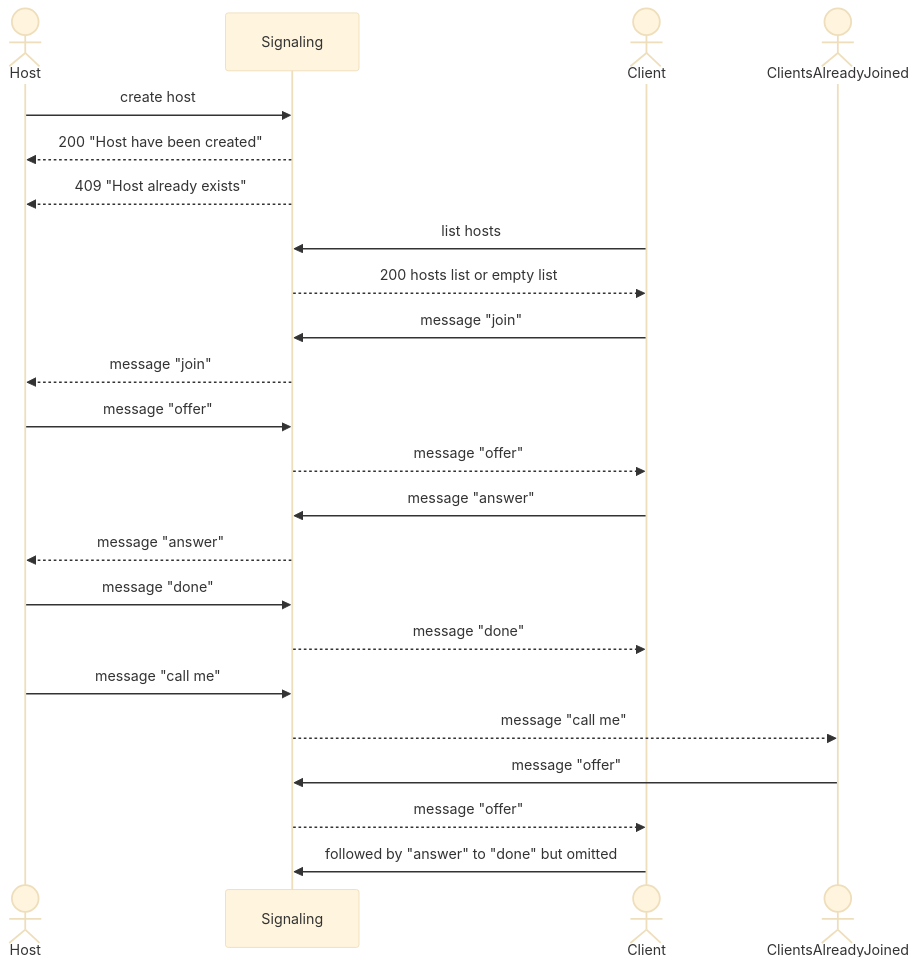
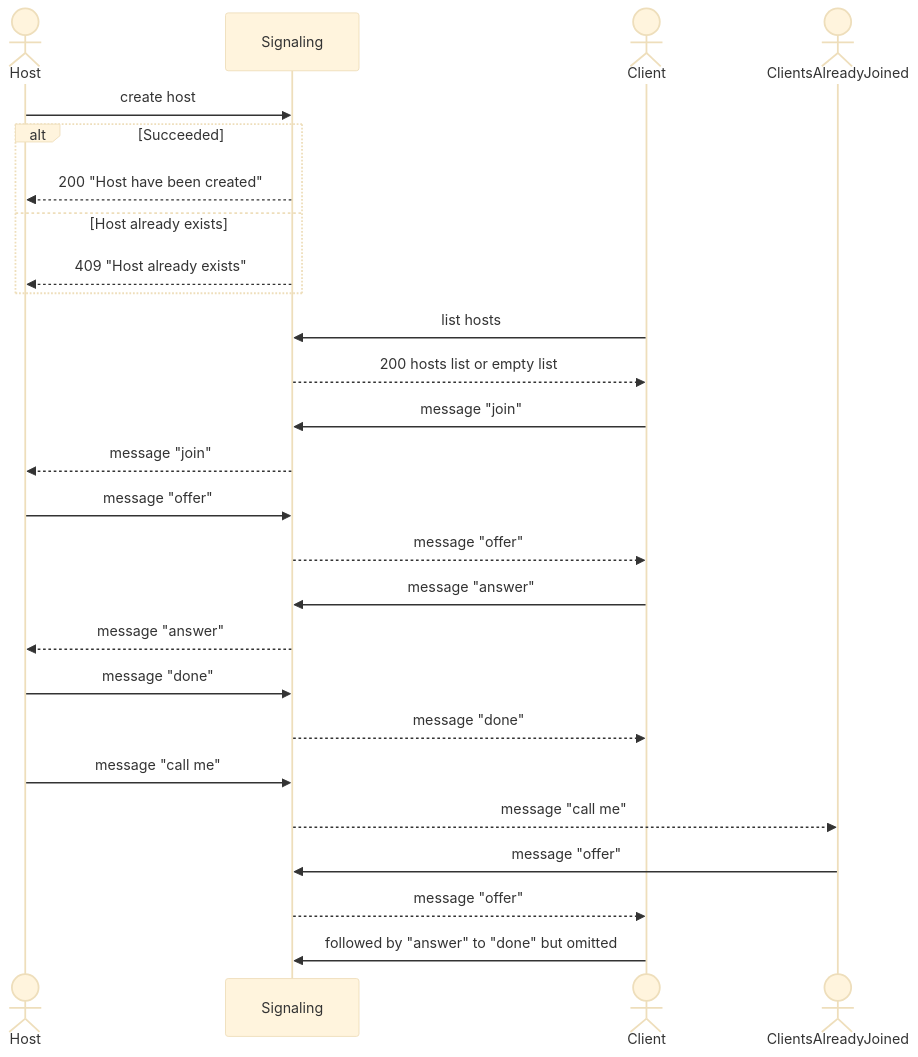
The third of 3 diagrams in docs/integration/p2p.webrtc.md (extreal-dev/Extreal.Guide), drawn with Mermaid (base theme) before and after one commit. The commit also changed 1 other file, not shown here.

Commit message:
Fix sequence diagram

````diff
--- a/docs/integration/p2p.webrtc.md
+++ b/docs/integration/p2p.webrtc.md
@@ -103,25 +103,28 @@
 ```mermaid
 sequenceDiagram
     actor Host
     participant Signaling
     actor Client
     actor ClientsAlreadyJoined
     Host->>Signaling: create host
-    Signaling-->>Host: 200 "Host have been created"
-    Signaling-->>Host: 409 "Host already exists"
+    alt Succeeded
+        Signaling-->>Host: 200 "Host have been created"
+    else Host already exists
+        Signaling-->>Host: 409 "Host already exists"
+    end
     Client->>Signaling: list hosts
     Signaling-->>Client: 200 hosts list or empty list
     Client->>Signaling: message "join"
     Signaling-->>Host: message "join"
     Host->>Signaling: message "offer"
     Signaling-->>Client: message "offer"
     Client->>Signaling: message "answer" 
     Signaling-->>Host: message "answer"
     Host->>Signaling: message "done"
     Signaling-->>Client: message "done"
     Host->>Signaling: message "call me"
     Signaling-->>ClientsAlreadyJoined: message "call me"
     ClientsAlreadyJoined->>Signaling: message "offer"
     Signaling-->>Client: message "offer"
     Client->>Signaling: followed by "answer" to "done" but omitted
 ```
````
